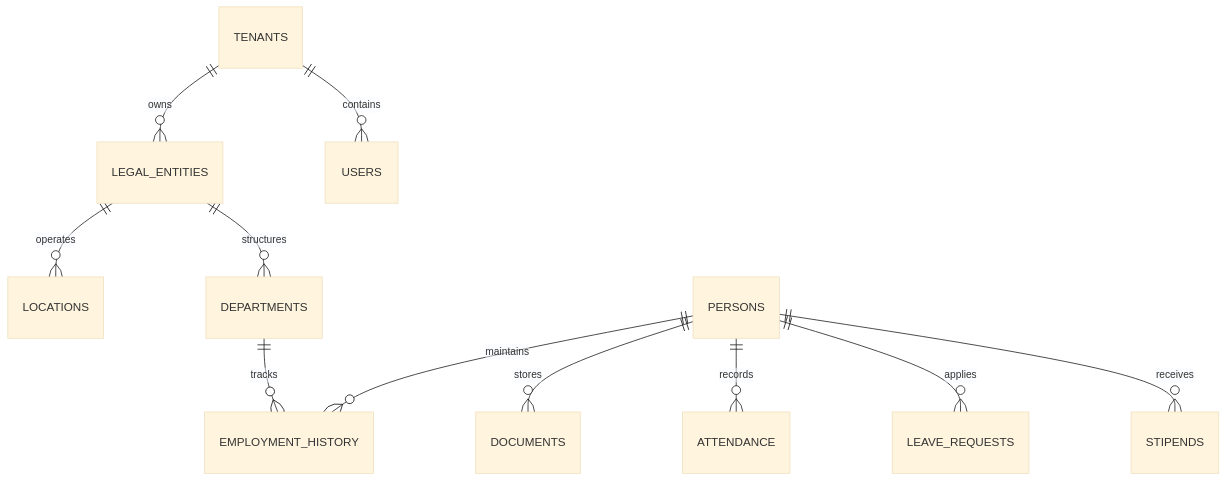
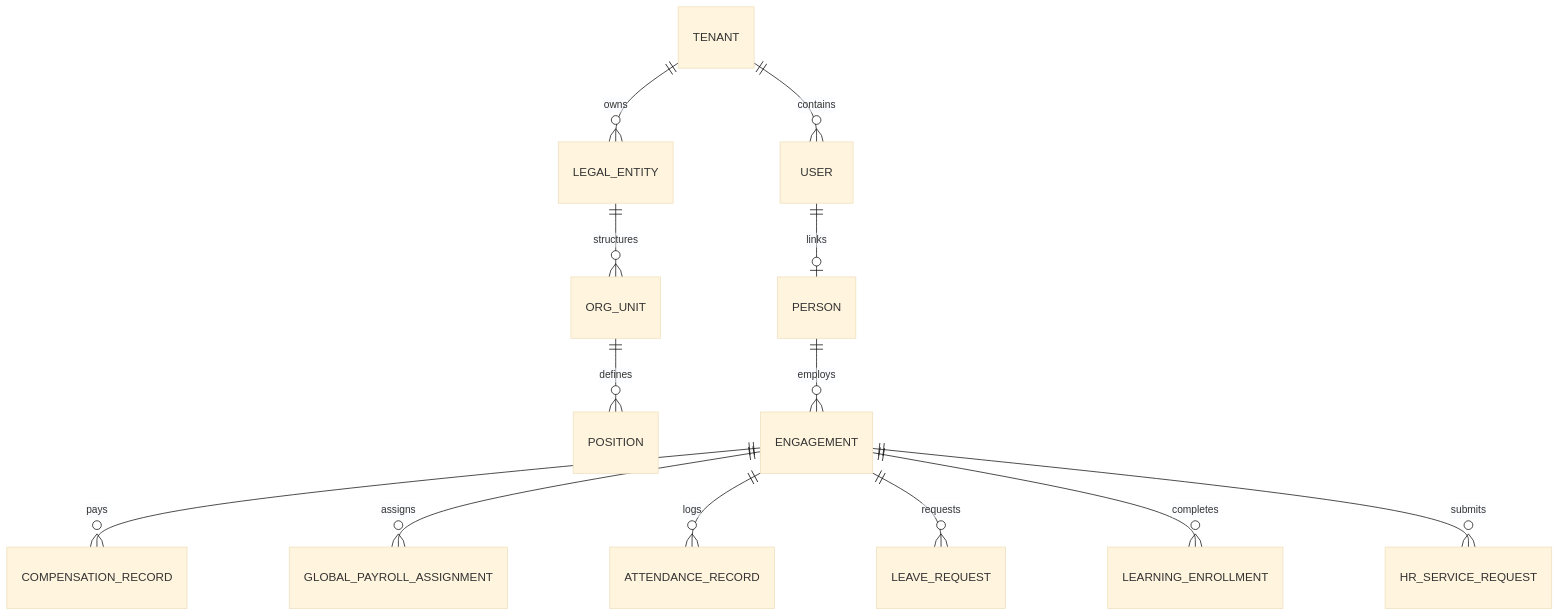
One commit to Raymonddinesh/zeramai-hr changed the fourth of 7 diagrams in ARCHITECTURE.md. Above: the diagram before and after it, drawn with Mermaid (base theme). The commit also changed other lines of this file and 4 other files, not shown here.

Commit message:
Docs: Update system architecture specification, complete step-by-step operations guide, technical documentation, and release notes for v2.1.0

````diff
--- a/ARCHITECTURE.md
+++ b/ARCHITECTURE.md
@@ -61,13 +144,15 @@
 ```mermaid
 erDiagram
-    TENANTS ||--o{ LEGAL_ENTITIES : owns
-    TENANTS ||--o{ USERS : contains
-    LEGAL_ENTITIES ||--o{ LOCATIONS : operates
-    LEGAL_ENTITIES ||--o{ DEPARTMENTS : structures
-    DEPARTMENTS ||--o{ EMPLOYMENT_HISTORY : tracks
-    PERSONS ||--o{ EMPLOYMENT_HISTORY : maintains
-    PERSONS ||--o{ DOCUMENTS : stores
-    PERSONS ||--o{ ATTENDANCE : records
-    PERSONS ||--o{ LEAVE_REQUESTS : applies
-    PERSONS ||--o{ STIPENDS : receives
+    TENANT ||--o{ LEGAL_ENTITY : owns
+    LEGAL_ENTITY ||--o{ ORG_UNIT : structures
+    ORG_UNIT ||--o{ POSITION : defines
+    TENANT ||--o{ USER : contains
+    USER ||--o| PERSON : links
+    PERSON ||--o{ ENGAGEMENT : employs
+    ENGAGEMENT ||--o{ COMPENSATION_RECORD : pays
+    ENGAGEMENT ||--o{ GLOBAL_PAYROLL_ASSIGNMENT : assigns
+    ENGAGEMENT ||--o{ ATTENDANCE_RECORD : logs
+    ENGAGEMENT ||--o{ LEAVE_REQUEST : requests
+    ENGAGEMENT ||--o{ LEARNING_ENROLLMENT : completes
+    ENGAGEMENT ||--o{ HR_SERVICE_REQUEST : submits
 ```
````
